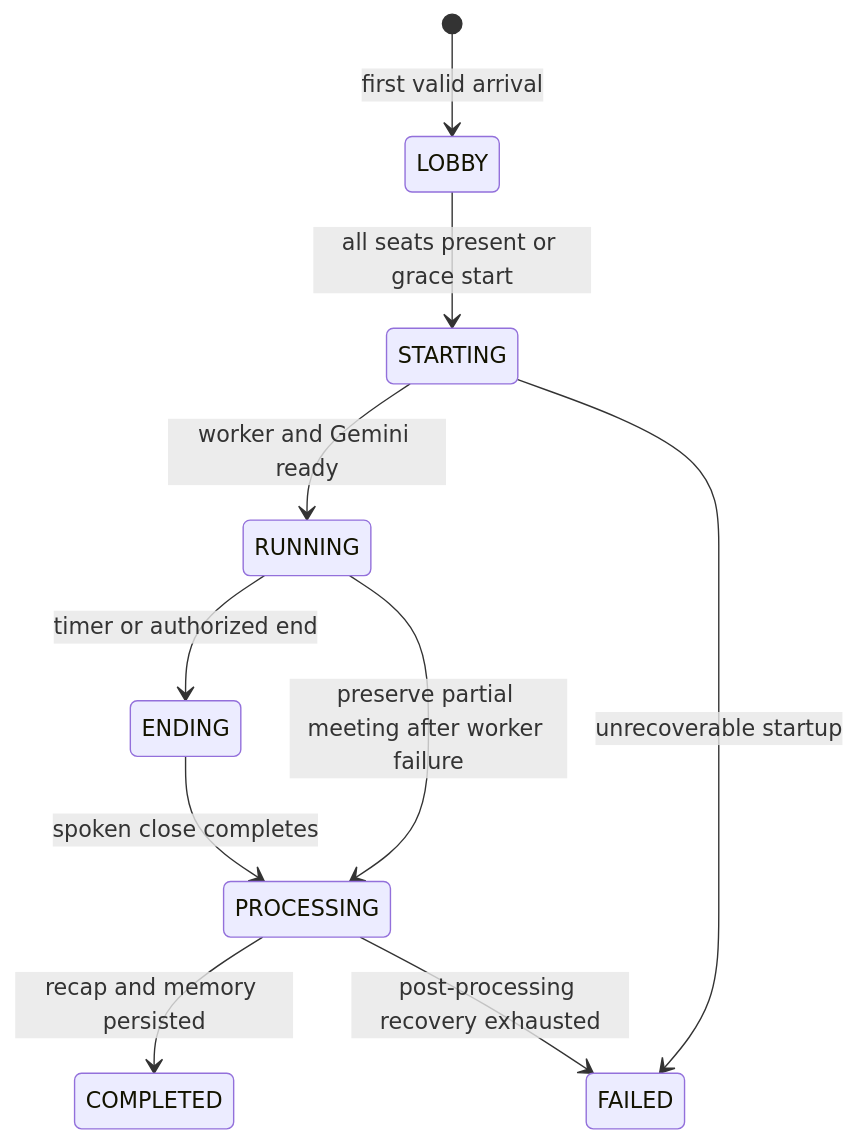
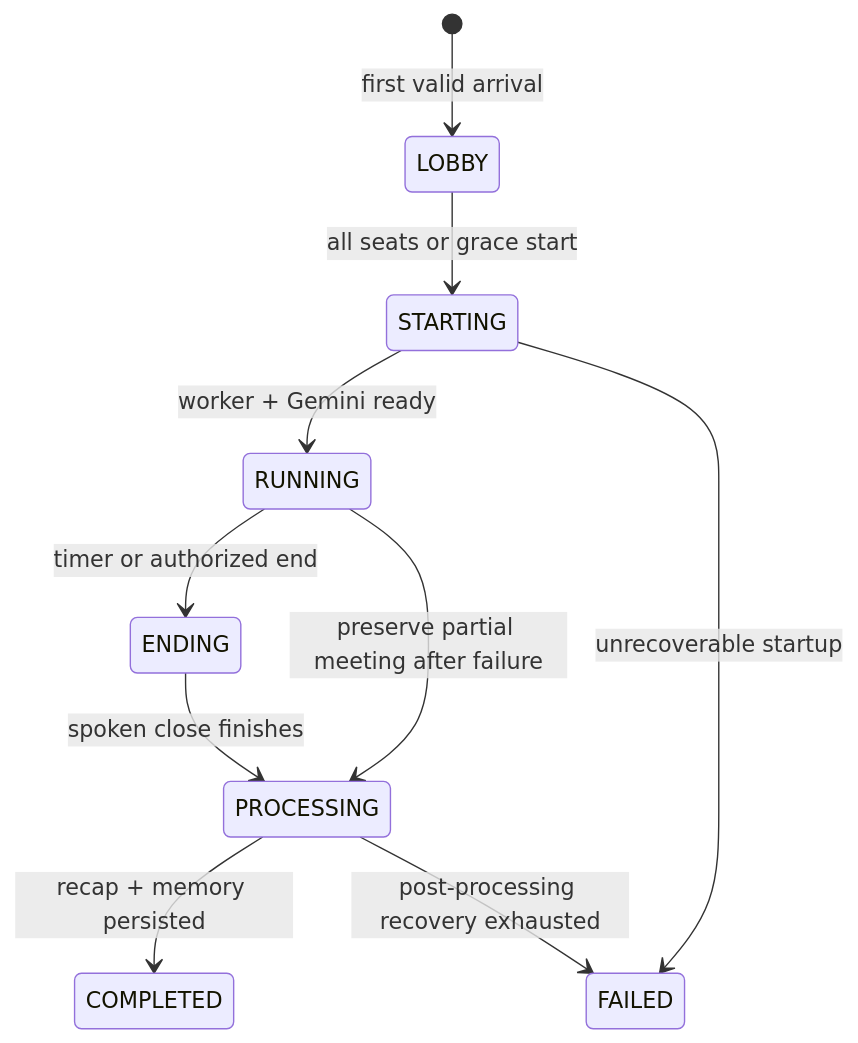
Before and after one commit to joinarun/RoleCallAI: the third of 3 diagrams in docs/FLOW.md, drawn with Mermaid. The commit also changed other lines of this file and 36 other files, not shown here.

````diff
--- a/docs/FLOW.md
+++ b/docs/FLOW.md
@@ -120,12 +91,12 @@
 ```mermaid
 stateDiagram-v2
     [*] --> LOBBY: first valid arrival
-    LOBBY --> STARTING: all seats present or grace start
-    STARTING --> RUNNING: worker and Gemini ready
+    LOBBY --> STARTING: all seats or grace start
+    STARTING --> RUNNING: worker + Gemini ready
     RUNNING --> ENDING: timer or authorized end
-    ENDING --> PROCESSING: spoken close completes
-    PROCESSING --> COMPLETED: recap and memory persisted
+    ENDING --> PROCESSING: spoken close finishes
+    PROCESSING --> COMPLETED: recap + memory persisted
     STARTING --> FAILED: unrecoverable startup
-    RUNNING --> PROCESSING: preserve partial meeting after worker failure
+    RUNNING --> PROCESSING: preserve partial meeting after failure
     PROCESSING --> FAILED: post-processing recovery exhausted
 ```
````
